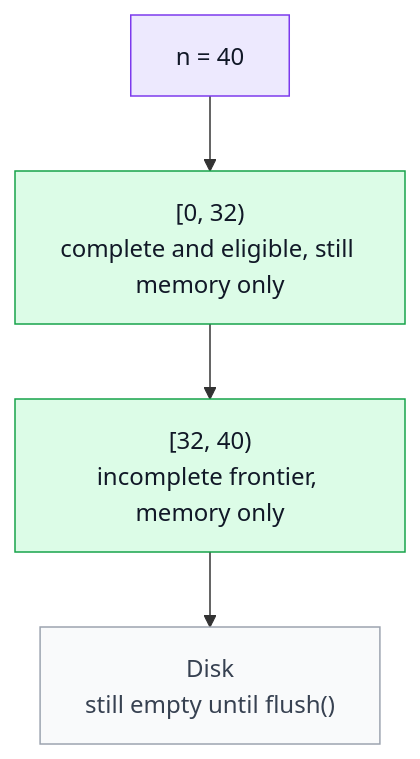
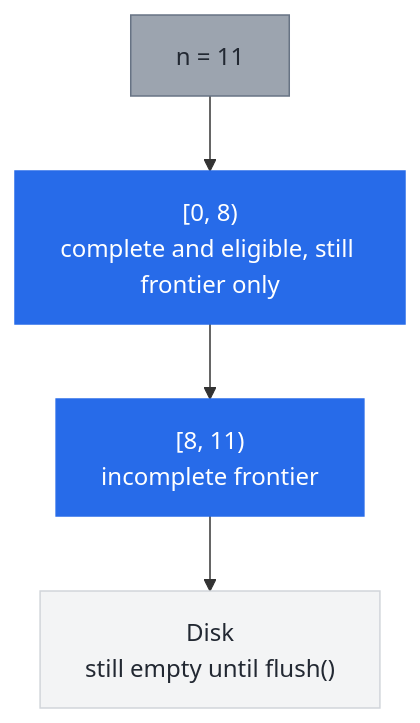
Before and after one commit to microsoft/merklecpp: the seventh of 20 diagrams in doc/tiles-illustrated.rst, drawn with Mermaid. The commit also changed other lines of this file, not shown here.

```diff
--- a/doc/tiles-illustrated.rst
+++ b/doc/tiles-illustrated.rst
@@ -268,15 +266,15 @@
 .. mermaid::
 
    flowchart TB
-     N["n = 40"]:::computed
-     M0["[0, 32)<br/>complete and eligible, still memory only"]:::memory
-     M1["[32, 40)<br/>incomplete frontier, memory only"]:::memory
+     N["n = 11"]:::computed
+     M0["[0, 8)<br/>complete and eligible, still frontier only"]:::memory
+     M1["[8, 11)<br/>incomplete frontier"]:::memory
      D["Disk<br/>still empty until flush()"]:::empty
 
      N --> M0
      M0 --> M1
      M1 --> D
 
-     classDef memory fill:#dcfce7,stroke:#16a34a,color:#111827
-     classDef computed fill:#ede9fe,stroke:#7c3aed,color:#111827
-     classDef empty fill:#f9fafb,stroke:#9ca3af,color:#374151
+     classDef memory fill:#276be9,stroke:#276be9,color:#ffffff
+     classDef computed fill:#9ca4af,stroke:#677384,color:#222832
+     classDef empty fill:#f3f4f5,stroke:#d1d5da,color:#222832
```
